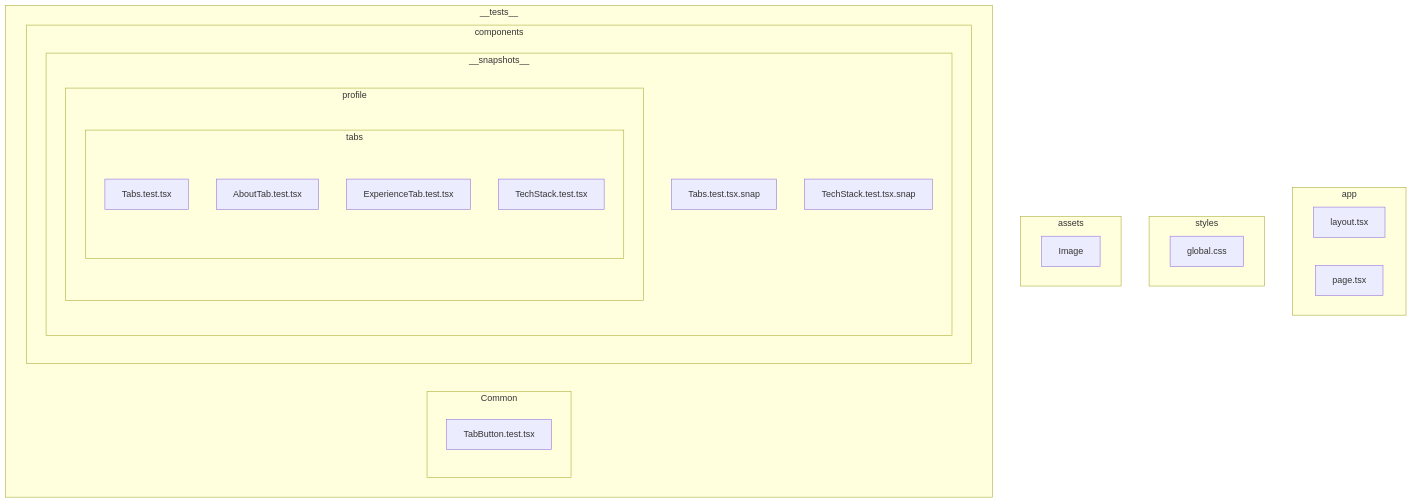
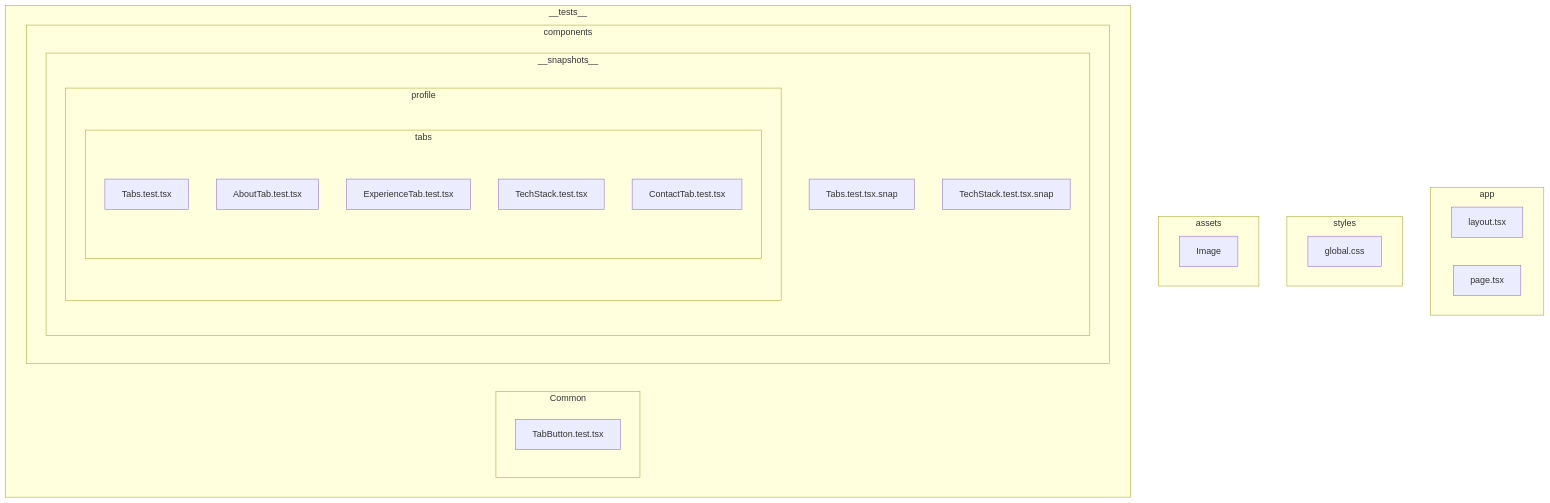
One commit to Chen-Abudi/my-profile-card changed the second of 2 diagrams in README.md. Above: the diagram before and after it, drawn with Mermaid. The commit also changed other lines of this file, not shown here.

````diff
--- a/README.md
+++ b/README.md
@@ -71,39 +72,40 @@
 ```mermaid
 
 flowchart TD
   subgraph app
     layout[layout.tsx]
     page[page.tsx]
   end
 
   subgraph styles
     globalcss[global.css]
   end
 
   subgraph assets
     image[Image]
   end
 
   subgraph __tests__
     subgraph Common
       tabbuttontest[TabButton.test.tsx]
     end
 
     subgraph components
       subgraph __snapshots__
         tabstestsnap[Tabs.test.tsx.snap]
         techstacksnap[TechStack.test.tsx.snap]
         subgraph profile
           subgraph tabs
             tabstest[Tabs.test.tsx]
             abouttabtest[AboutTab.test.tsx]
             experiencetabtest[ExperienceTab.test.tsx]
             techstacktest[TechStack.test.tsx]
+            contacttabtest[ContactTab.test.tsx]
           end
         end
       end
     end
   end
 
 
 ```
````
